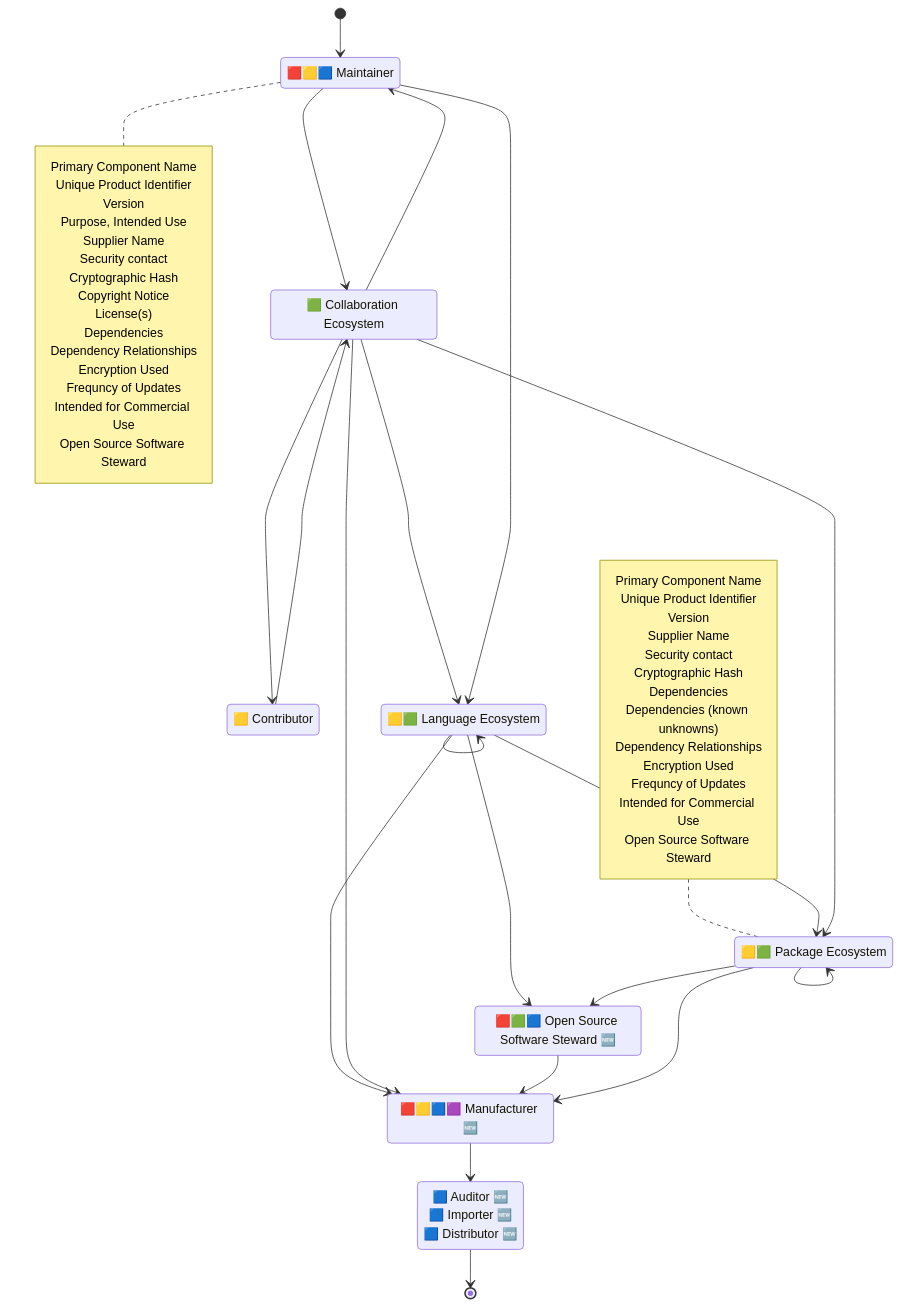
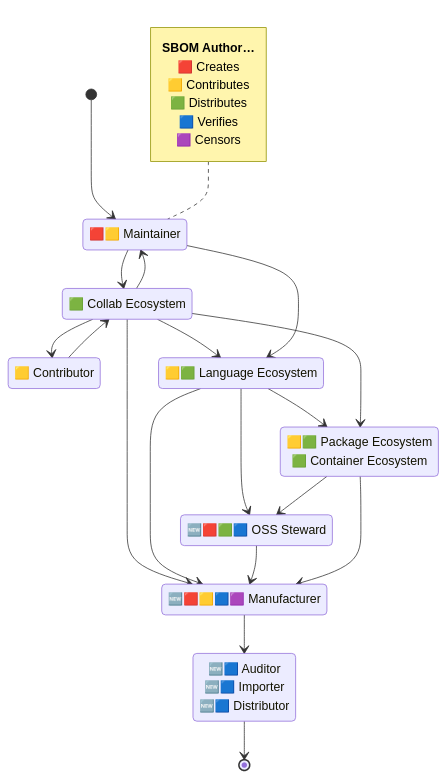
The sixth of 6 diagrams in docs/supplychain-sbom.md (CPAN-Security/security.metacpan.org), drawn with Mermaid before and after one commit. The commit also changed other lines of this file, not shown here.

Commit message:
Simplify Graphical overview of SBOM Metadata Attributes

````diff
--- a/docs/supplychain-sbom.md
+++ b/docs/supplychain-sbom.md
@@ -1378,70 +1394,54 @@
 ```mermaid
+%%{init: { 'logLevel': 'debug', 'Renderer': 'elk' } }%%
 stateDiagram-v2
     direction TB
+    
 
-    state "🟥🟨🟦 Maintainer" as environment_maintainer
-    note right of environment_maintainer
-       Primary Component Name
-       Unique Product Identifier
-       Version
-       Purpose, Intended Use
-       Supplier Name
-       Security contact
-       Cryptographic Hash
-       Copyright Notice
-       License(s)
-       Dependencies
-       Dependency Relationships
-       Encryption Used
-       Frequncy of Updates
-       Intended for Commercial Use
-       Open Source Software Steward
-    end note
-
+    state "🟥🟨 Maintainer" as environment_maintainer
     state "🟨 Contributor" as environment_contributor
-    state "🟩 Collaboration Ecosystem" as ecosystem_repo
+    state "🟩 Collab Ecosystem" as ecosystem_repo
     state "🟨🟩 Language Ecosystem" as ecosystem_lang
-    state "🟨🟩 Package Ecosystem" as ecosystem_package
-    note left of ecosystem_package
-       Primary Component Name
-       Unique Product Identifier
-       Version
-       Supplier Name
-       Security contact
-       Cryptographic Hash
-       Dependencies
-       Dependencies (known unknowns)
-       Dependency Relationships
-       Encryption Used
-       Frequncy of Updates
-       Intended for Commercial Use
-       Open Source Software Steward
-    end note
-
-    state "🟥🟩🟦 Open Source Software Steward 🆕" as ecosystem_steward
-    state "🟥🟨🟦🟪 Manufacturer 🆕" as environment_manufacturer
-    state "🟦 Auditor 🆕<br>🟦 Importer 🆕<br>🟦 Distributor 🆕" as authority_auditor
+    state "🟨🟩 Package Ecosystem<br>🟩 Container Ecosystem" as ecosystem_package
+    %%state "🟨🟩 Package Ecosystem" as ecosystem_package
+    %%state "🟩 Container Ecosystem" as ecosystem_container
+    state "🆕🟥🟩🟦 OSS Steward" as ecosystem_steward
+    state "🆕🟥🟨🟦🟪 Manufacturer" as environment_manufacturer
+    state "🆕🟦 Auditor<br>🆕🟦 Importer<br>🆕🟦 Distributor" as authority_auditor
 
     [*]                      --> environment_maintainer
     ecosystem_repo           --> environment_maintainer
-    ecosystem_repo           --> environment_contributor
     ecosystem_lang           --> ecosystem_package
-    ecosystem_lang           --> environment_manufacturer
     ecosystem_repo           --> ecosystem_package
     ecosystem_repo           --> ecosystem_lang
+    %%ecosystem_repo           --> ecosystem_container
     ecosystem_repo           --> environment_manufacturer
+    ecosystem_repo           --> environment_contributor
+    environment_contributor  --> ecosystem_repo           
+    environment_maintainer   --> ecosystem_lang
     environment_maintainer   --> ecosystem_repo
-    environment_maintainer   --> ecosystem_lang
-    environment_contributor  --> ecosystem_repo
-    ecosystem_package        --> ecosystem_package
+    %%ecosystem_package        --> ecosystem_container
+    %%ecosystem_lang           --> ecosystem_container
     ecosystem_lang           --> ecosystem_steward
+    ecosystem_lang           --> environment_manufacturer
+    ecosystem_steward        --> environment_manufacturer
     ecosystem_package        --> ecosystem_steward
-    ecosystem_steward        --> environment_manufacturer
+    %%ecosystem_container      --> ecosystem_steward
     environment_manufacturer --> authority_auditor
+    %%ecosystem_container      --> environment_manufacturer
     ecosystem_package        --> environment_manufacturer
-    ecosystem_lang           --> ecosystem_lang
+    %%ecosystem_lang           --> ecosystem_lang
+    %%ecosystem_package        --> ecosystem_package
     authority_auditor        --> [*]
 
-    %% Copyright © 2024 Salve J. Nilsen <sjn@oslo.pm>
+    note left of environment_maintainer
+    **SBOM Author…**
+      🟥&nbsp;Creates
+      🟨&nbsp;Contributes
+      🟩&nbsp;Distributes
+      🟦&nbsp;Verifies
+      🟪&nbsp;Censors
+    end note
+
+    %% Copyright © 2025 Salve J. Nilsen <sjn@oslo.pm>
     %% Some rights reserved. Licensed CC-BY-SA-4.0
 ```
````
